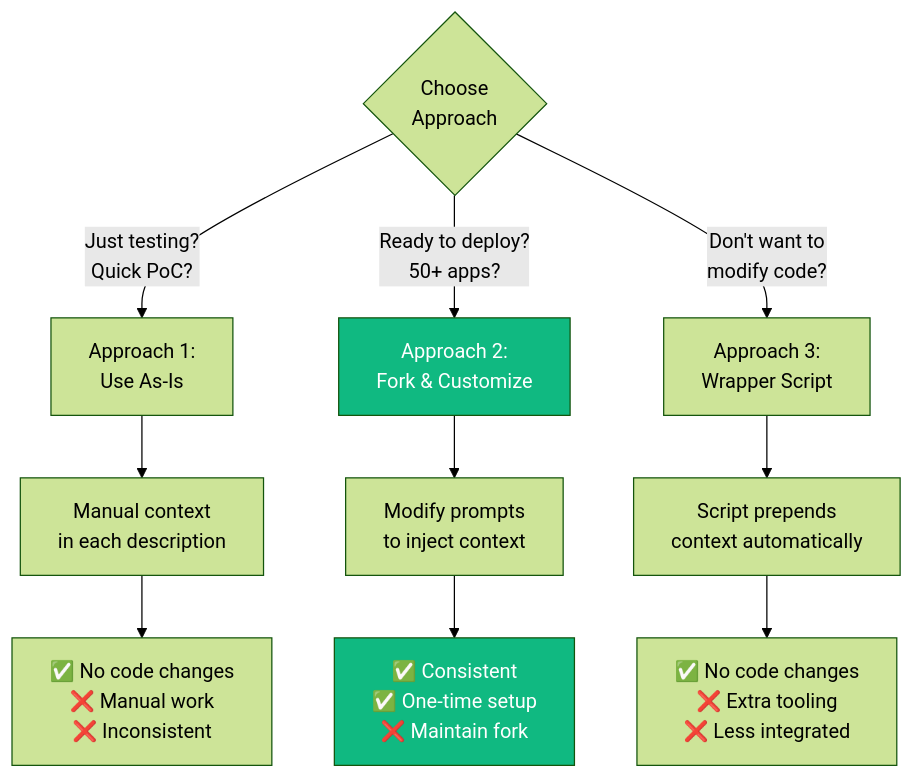
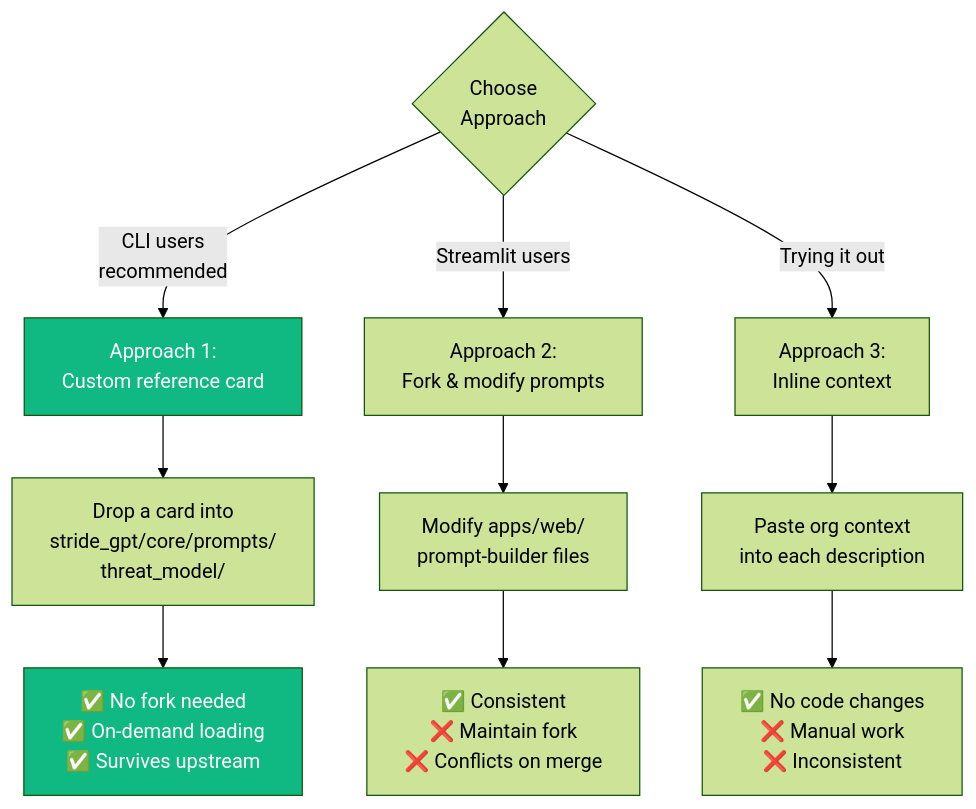
One commit to mrwadams/stride-gpt changed the fourth of 8 diagrams in docs/operationalization-guide.md. Above: the diagram before and after it, drawn with Mermaid (forest theme). The commit also changed other lines of this file and 16 other files, not shown here.

````diff
--- a/docs/operationalization-guide.md
+++ b/docs/operationalization-guide.md
@@ -58,19 +102,19 @@
 ```mermaid
 graph TD
     Start{Choose<br/>Approach}
 
-    Start -->|Just testing?<br/>Quick PoC?| A1[Approach 1:<br/>Use As-Is]
-    Start -->|Ready to deploy?<br/>50+ apps?| A2[Approach 2:<br/>Fork & Customize]
-    Start -->|Don't want to<br/>modify code?| A3[Approach 3:<br/>Wrapper Script]
+    Start -->|CLI users<br/>recommended| A1[Approach 1:<br/>Custom reference card]
+    Start -->|Streamlit users| A2[Approach 2:<br/>Fork & modify prompts]
+    Start -->|Trying it out| A3[Approach 3:<br/>Inline context]
 
-    A1 --> B1[Manual context<br/>in each description]
-    A2 --> B2[Modify prompts<br/>to inject context]
-    A3 --> B3[Script prepends<br/>context automatically]
+    A1 --> B1[Drop a card into<br/>stride_gpt/core/prompts/<br/>threat_model/]
+    A2 --> B2[Modify apps/web/<br/>prompt-builder files]
+    A3 --> B3[Paste org context<br/>into each description]
 
-    B1 --> C1[✅ No code changes<br/>❌ Manual work<br/>❌ Inconsistent]
-    B2 --> C2[✅ Consistent<br/>✅ One-time setup<br/>❌ Maintain fork]
-    B3 --> C3[✅ No code changes<br/>❌ Extra tooling<br/>❌ Less integrated]
+    B1 --> C1[✅ No fork needed<br/>✅ On-demand loading<br/>✅ Survives upstream]
+    B2 --> C2[✅ Consistent<br/>❌ Maintain fork<br/>❌ Conflicts on merge]
+    B3 --> C3[✅ No code changes<br/>❌ Manual work<br/>❌ Inconsistent]
 
-    style A2 fill:#10B981,color:#fff
-    style C2 fill:#10B981,color:#fff
+    style A1 fill:#10B981,color:#fff
+    style C1 fill:#10B981,color:#fff
 ```
````
